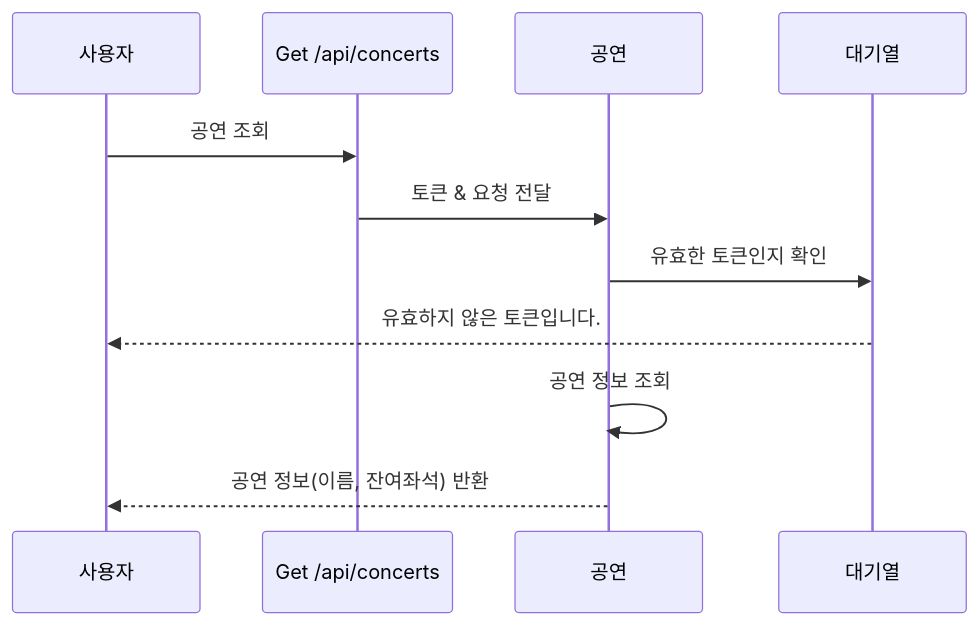
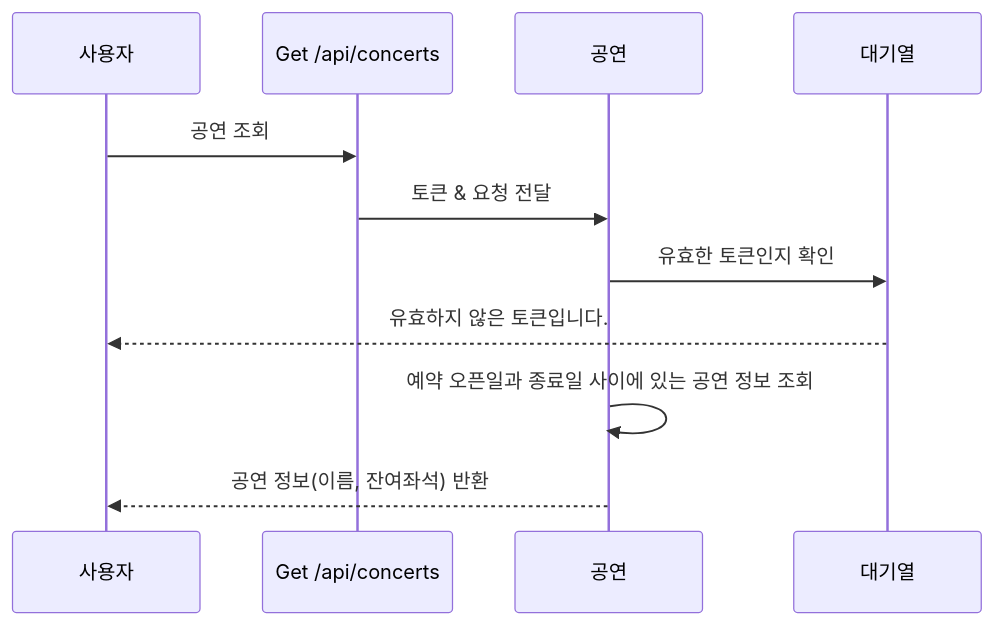
The fifth of 13 diagrams in README.md (Ksanbal/Concert-Reservation-API), drawn with Mermaid before and after one commit. The commit also changed other lines of this file, not shown here.

First line of the commit message:
:books:Docs: 목차 & ERD 업데이트

````diff
--- a/README.md
+++ b/README.md
@@ -125,12 +114,12 @@
 ```mermaid
 sequenceDiagram
 
 사용자 ->> Get /api/concerts: 공연 조회
 Get /api/concerts ->> 공연: 토큰 & 요청 전달
 
 공연 ->> 대기열: 유효한 토큰인지 확인
 대기열 -->> 사용자: 유효하지 않은 토큰입니다.
 
-공연 ->> 공연: 공연 정보 조회
+공연 ->> 공연: 예약 오픈일과 종료일 사이에 있는 공연 정보 조회
 공연 -->> 사용자: 공연 정보(이름, 잔여좌석) 반환
 ```
````
